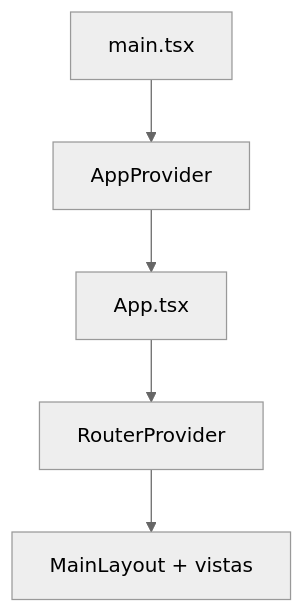
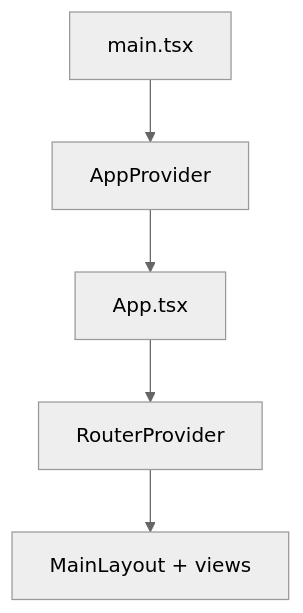
Before and after one commit to gvastethecreator/media-manager: the diagram in docs/core/FRONTEND-GUIDE.md, drawn with Mermaid (neutral theme). The commit also changed other lines of this file and 98 other files, not shown here.

Commit message:
docs: initialize comprehensive architectural documentation and component-level README files across the repository.

````diff
--- a/docs/core/FRONTEND-GUIDE.md
+++ b/docs/core/FRONTEND-GUIDE.md
@@ -9,7 +9,7 @@
 ```mermaid
 flowchart TD
     A[main.tsx] --> B[AppProvider]
     B --> C[App.tsx]
     C --> D[RouterProvider]
-    D --> E[MainLayout + vistas]
+    D --> E[MainLayout + views]
 ```
````
